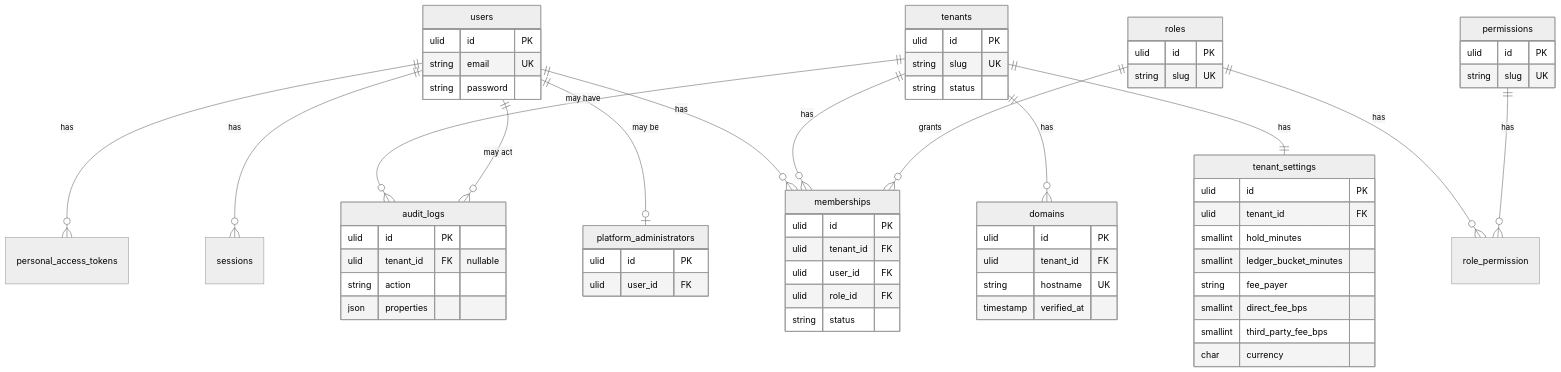
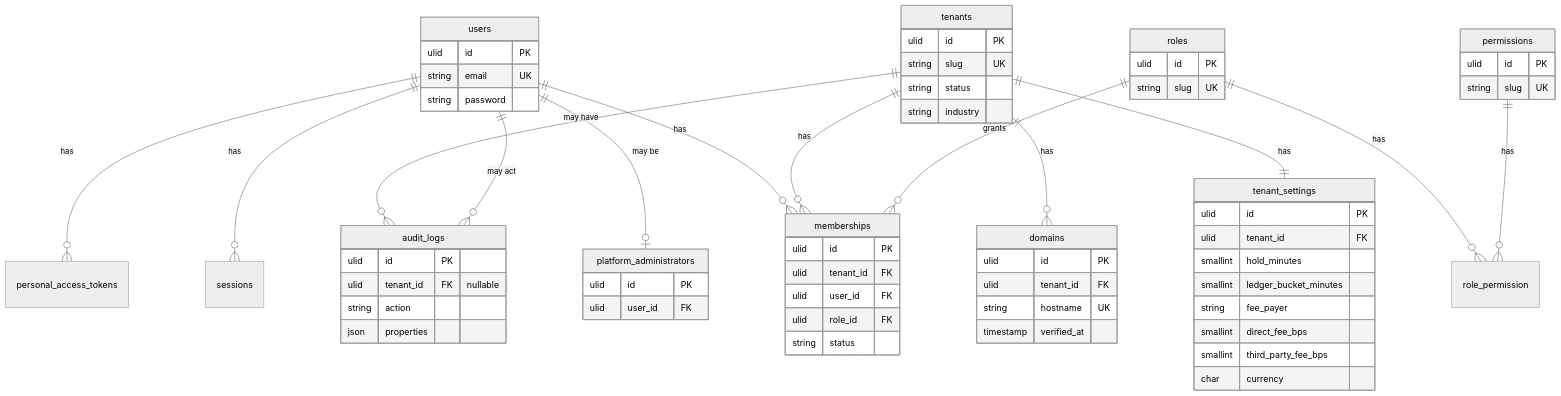
Before and after one commit to mymediaworx/reserveworx: the diagram in docs/SCHEMA.md, drawn with Mermaid (neutral theme). The commit also changed other lines of this file and 41 other files, not shown here.

````diff
--- a/docs/SCHEMA.md
+++ b/docs/SCHEMA.md
@@ -7,67 +7,68 @@
 ```mermaid
 erDiagram
   users ||--o{ memberships : has
   users ||--o| platform_administrators : "may be"
   users ||--o{ sessions : has
   users ||--o{ personal_access_tokens : has
   tenants ||--|| tenant_settings : has
   tenants ||--o{ domains : has
   tenants ||--o{ memberships : has
   tenants ||--o{ audit_logs : "may have"
   roles ||--o{ memberships : grants
   roles ||--o{ role_permission : has
   permissions ||--o{ role_permission : has
   users ||--o{ audit_logs : "may act"
 
   users {
     ulid id PK
     string email UK
     string password
   }
   tenants {
     ulid id PK
     string slug UK
     string status
+    string industry
   }
   tenant_settings {
     ulid id PK
     ulid tenant_id FK
     smallint hold_minutes
     smallint ledger_bucket_minutes
     string fee_payer
     smallint direct_fee_bps
     smallint third_party_fee_bps
     char currency
   }
   domains {
     ulid id PK
     ulid tenant_id FK
     string hostname UK
     timestamp verified_at
   }
   memberships {
     ulid id PK
     ulid tenant_id FK
     ulid user_id FK
     ulid role_id FK
     string status
   }
   roles {
     ulid id PK
     string slug UK
   }
   permissions {
     ulid id PK
     string slug UK
   }
   platform_administrators {
     ulid id PK
     ulid user_id FK
   }
   audit_logs {
     ulid id PK
     ulid tenant_id FK "nullable"
     string action
     json properties
   }
 ```
````
